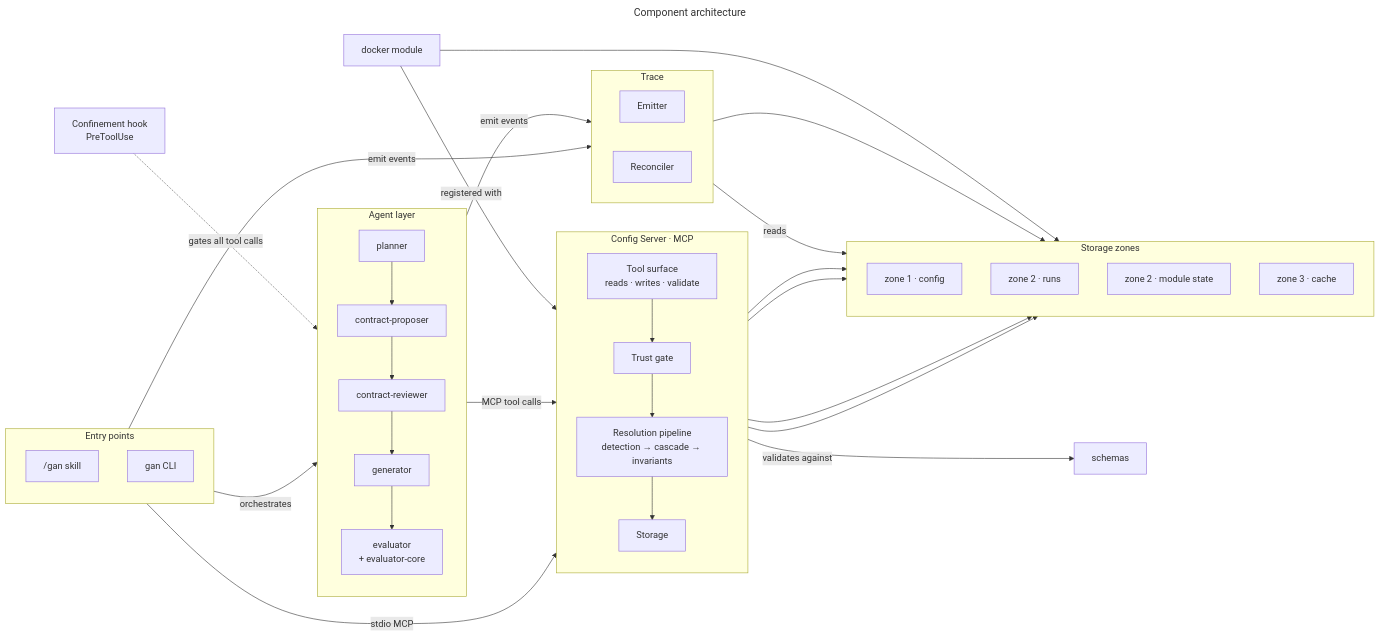
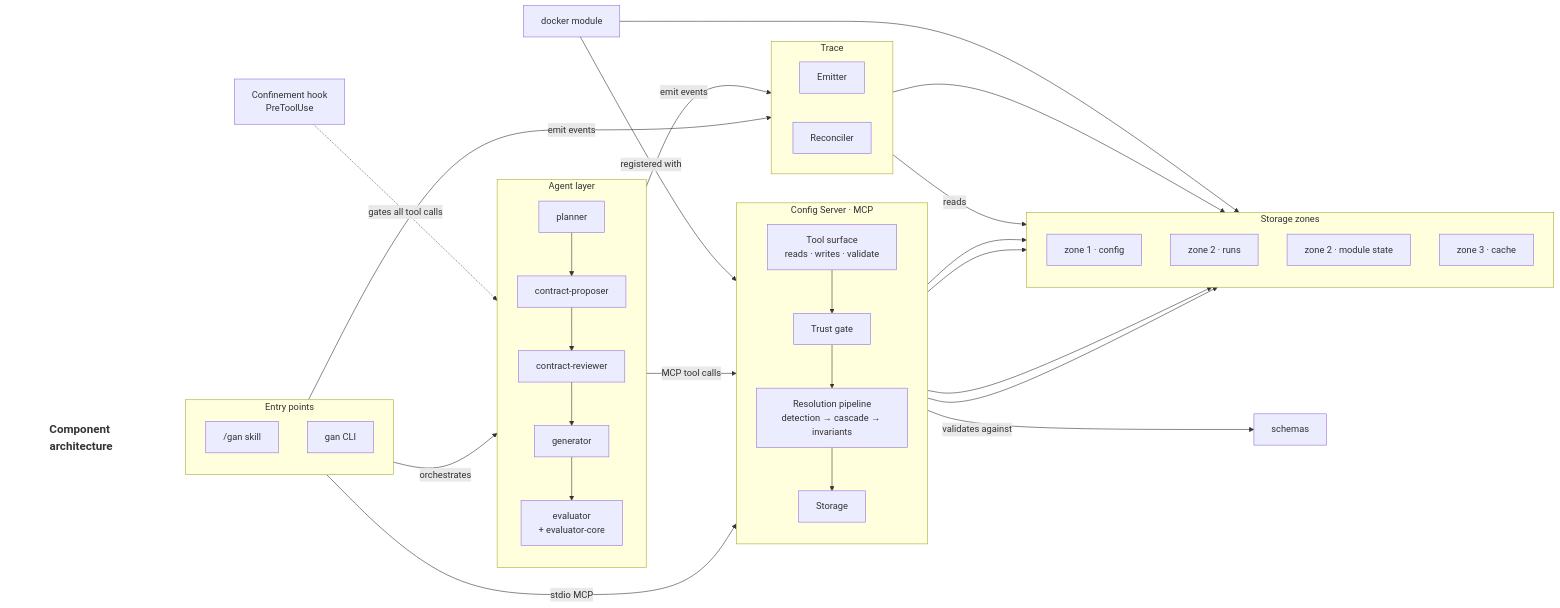
Before and after one commit to Thomas-AppForceOne/ClaudeAgents: the first of 5 diagrams in documentation/subsystem-architecture.md, drawn with Mermaid. The commit also changed other lines of this file, not shown here.

First line of the commit message:
docs: replace %%{init}%% title sizing with classDef title nodes

````diff
--- a/documentation/subsystem-architecture.md
+++ b/documentation/subsystem-architecture.md
@@ -13,58 +13,58 @@
 ```mermaid
----
-title: Component architecture
----
-%%{init: {'themeVariables': {'titleFontSize': '24px'}}}%%
 flowchart LR
+    TITLE["Component architecture"]:::diagramTitle
+    classDef diagramTitle font-size:20px,font-weight:bold,fill:none,stroke:none
+
     subgraph ENTRY["Entry points"]
         direction TB
         SKILL["/gan skill"]
         CLI["gan CLI"]
     end
 
     HOOK["Confinement hook\nPreToolUse"]
 
     subgraph AL["Agent layer"]
         direction TB
         PL["planner"] --> CP["contract-proposer"] --> CR["contract-reviewer"] --> GN["generator"] --> EV["evaluator\n+ evaluator-core"]
     end
 
     subgraph CS["Config Server · MCP"]
         direction TB
         MT["Tool surface\nreads · writes · validate"]
         TG["Trust gate"]
         RP["Resolution pipeline\ndetection → cascade → invariants"]
         ST["Storage"]
         MT --> TG --> RP --> ST
     end
 
     SCH["schemas"]
     DK["docker module"]
 
     subgraph TR["Trace"]
         direction LR
         EM["Emitter"]
         RC["Reconciler"]
     end
 
     subgraph ZN["Storage zones"]
         direction TB
         Z1["zone 1 · config"]
         Z2R["zone 2 · runs"]
         Z2M["zone 2 · module state"]
         Z3["zone 3 · cache"]
     end
 
+    TITLE      ~~~ ENTRY
     SKILL      -->|"orchestrates"| AL
     CLI        -->|"stdio MCP"| MT
     HOOK      -.->|"gates all tool calls"| AL
     AL         -->|"MCP tool calls"| MT
     DK         -->|"registered with"| MT
     RP         -->|"validates against"| SCH
     ST         --> Z1 & Z2R & Z2M & Z3
     SKILL      -->|"emit events"| EM
     AL         -->|"emit events"| EM
     EM         --> Z2R
     RC         -->|"reads"| Z2R
     DK         --> Z2M
 ```
````
